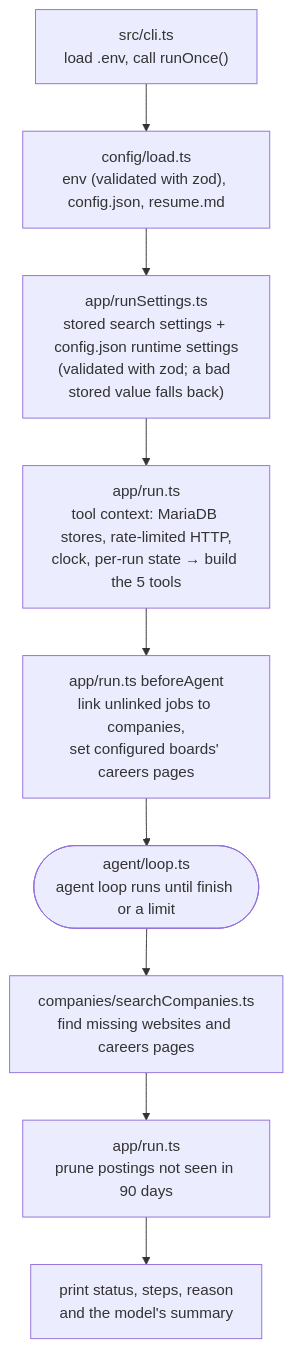
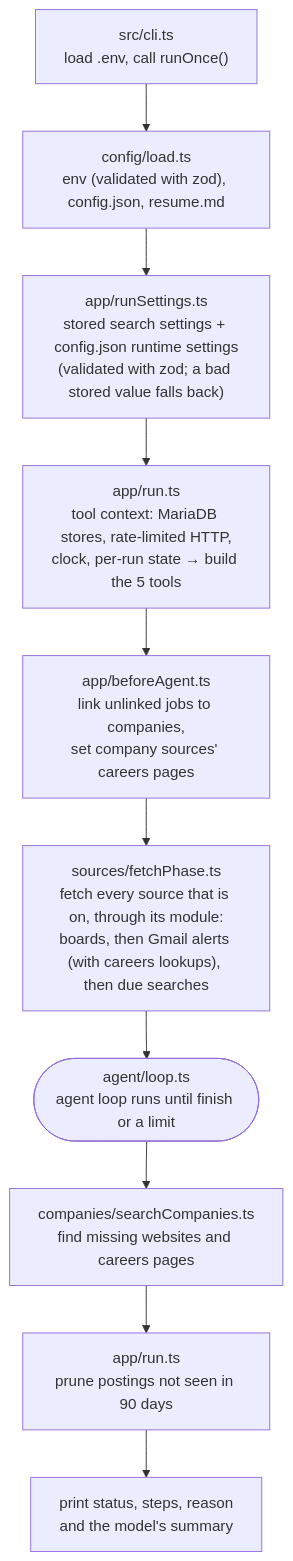
One commit to risingfish/myjobbot changed the first of 7 diagrams in README.md. Above: the diagram before and after it, drawn with Mermaid. The commit also changed other lines of this file and 2 other files, not shown here.

First line of the commit message:
Document modular job sources (017 PR 7) (#74)

````diff
--- a/README.md
+++ b/README.md
@@ -427,12 +465,13 @@
 ```mermaid
 flowchart TD
     CLI["src/cli.ts<br/>load .env, call runOnce()"] --> CFG
     CFG["config/load.ts<br/>env (validated with zod), config.json, resume.md"] --> SET
     SET["app/runSettings.ts<br/>stored search settings + config.json runtime settings<br/>(validated with zod; a bad stored value falls back)"] --> CTX
     CTX["app/run.ts<br/>tool context: MariaDB stores, rate-limited HTTP,<br/>clock, per-run state → build the 5 tools"] --> LINK
-    LINK["app/run.ts beforeAgent<br/>link unlinked jobs to companies,<br/>set configured boards' careers pages"] --> LOOP
+    LINK["app/beforeAgent.ts<br/>link unlinked jobs to companies,<br/>set company sources' careers pages"] --> FETCH
+    FETCH["sources/fetchPhase.ts<br/>fetch every source that is on, through its module:<br/>boards, then Gmail alerts (with careers lookups), then due searches"] --> LOOP
     LOOP(["agent/loop.ts<br/>agent loop runs until finish or a limit"]) --> SEARCH
     SEARCH["companies/searchCompanies.ts<br/>find missing websites and careers pages"] --> PRUNE
     PRUNE["app/run.ts<br/>prune postings not seen in 90 days"] --> OUT
     OUT["print status, steps, reason<br/>and the model's summary"]
 ```
````
